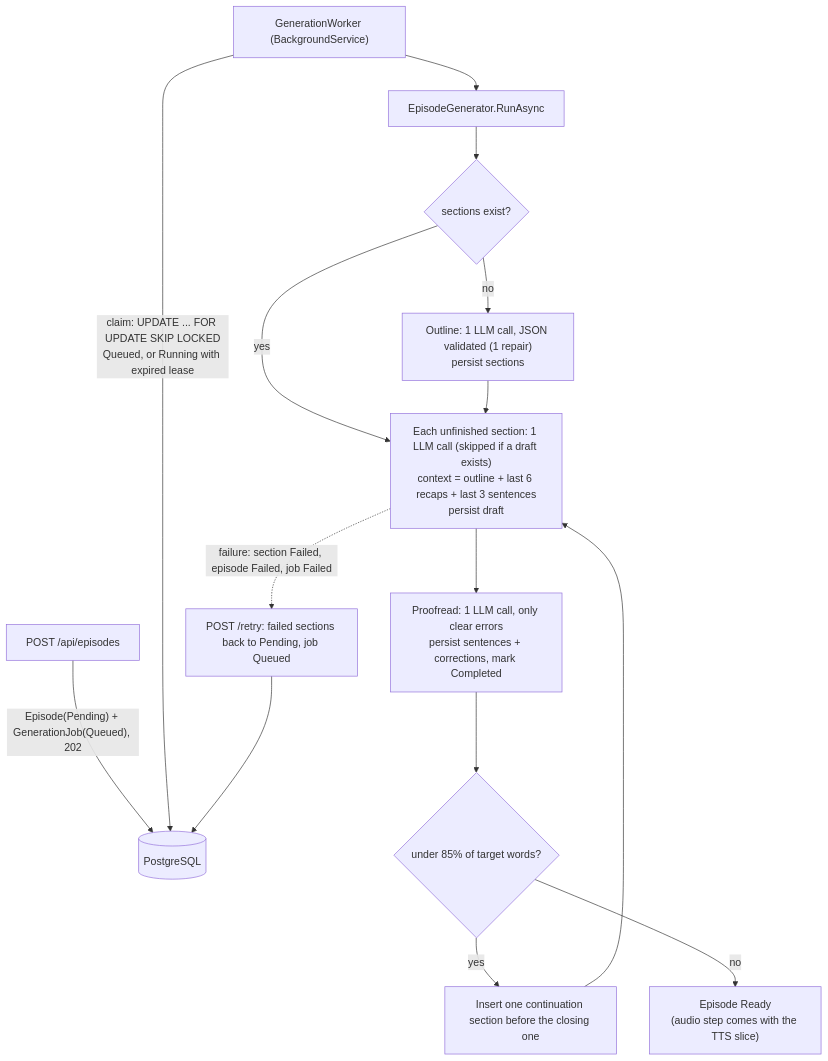
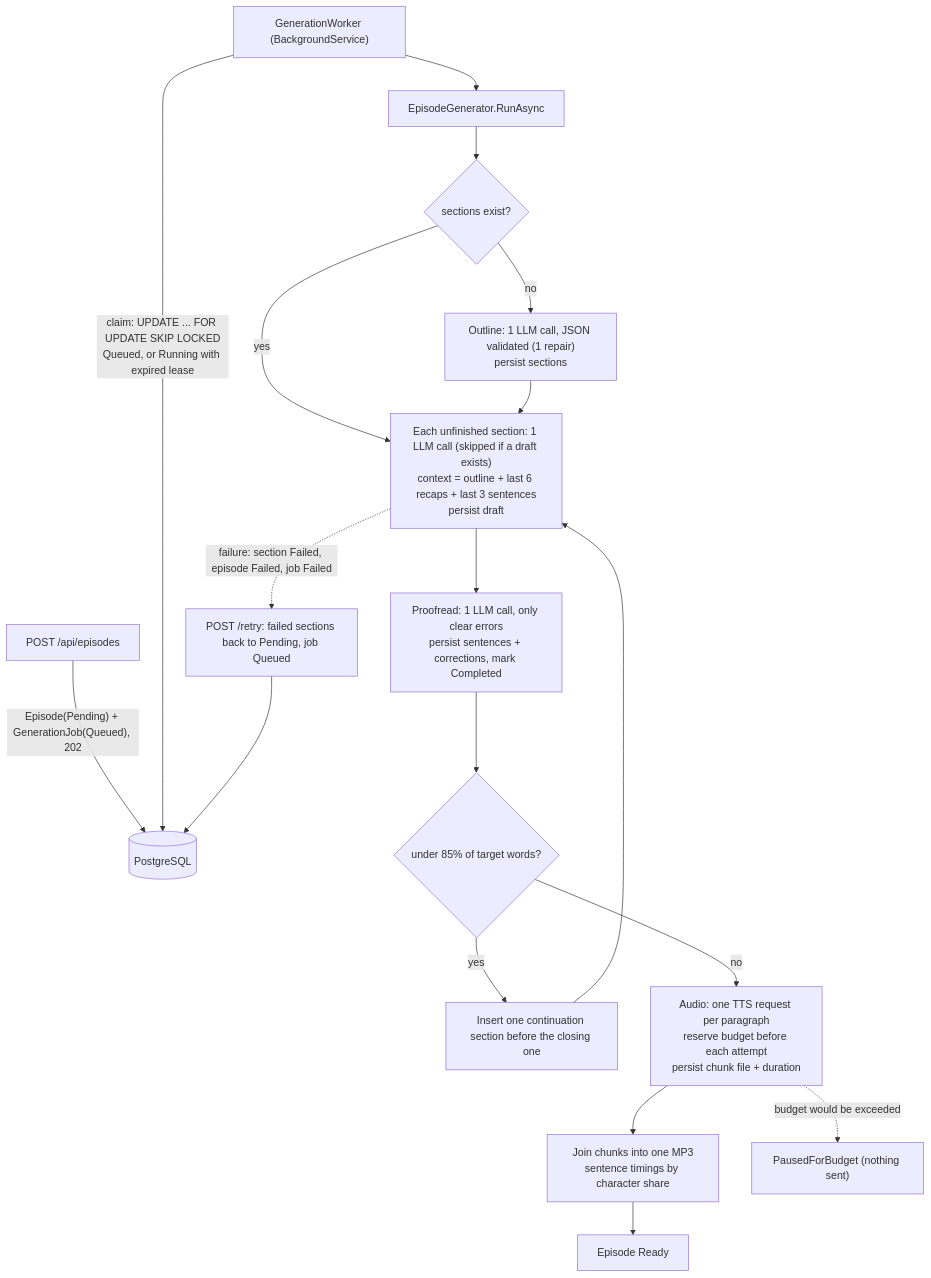
The second of 3 diagrams in docs/ARCHITECTURE.md (lauta136/Podcast-Generator), drawn with Mermaid before and after one commit. The commit also changed other lines of this file and 32 other files, not shown here.

First line of the commit message:
feat: text-to-speech with budget guard and one seekable MP3 per episode (#23)

````diff
--- a/docs/ARCHITECTURE.md
+++ b/docs/ARCHITECTURE.md
@@ -16,16 +16,19 @@
 ```mermaid
 flowchart TD
   POST["POST /api/episodes"] -->|"Episode(Pending) + GenerationJob(Queued), 202"| DB[(PostgreSQL)]
   Worker["GenerationWorker (BackgroundService)"] -->|"claim: UPDATE ... FOR UPDATE SKIP LOCKED<br/>Queued, or Running with expired lease"| DB
   Worker --> Gen["EpisodeGenerator.RunAsync"]
   Gen --> O{"sections exist?"}
   O -- no --> Outline["Outline: 1 LLM call, JSON validated (1 repair)<br/>persist sections"]
   O -- yes --> Sections
   Outline --> Sections["Each unfinished section: 1 LLM call (skipped if a draft exists)<br/>context = outline + last 6 recaps + last 3 sentences<br/>persist draft"]
   Sections --> Proof["Proofread: 1 LLM call, only clear errors<br/>persist sentences + corrections, mark Completed"]
   Proof --> Short{"under 85% of target words?"}
   Short -- yes --> Cont["Insert one continuation section before the closing one"] --> Sections
-  Short -- no --> Ready["Episode Ready<br/>(audio step comes with the TTS slice)"]
+  Short -- no --> Audio["Audio: one TTS request per paragraph<br/>reserve budget before each attempt<br/>persist chunk file + duration"]
+  Audio --> Stitch["Join chunks into one MP3<br/>sentence timings by character share"]
+  Stitch --> Ready["Episode Ready"]
+  Audio -. "budget would be exceeded" .-> Paused["PausedForBudget (nothing sent)"]
   Sections -. "failure: section Failed, episode Failed, job Failed" .-> Retry["POST /retry: failed sections back to Pending, job Queued"]
   Retry --> DB
 ```
````
